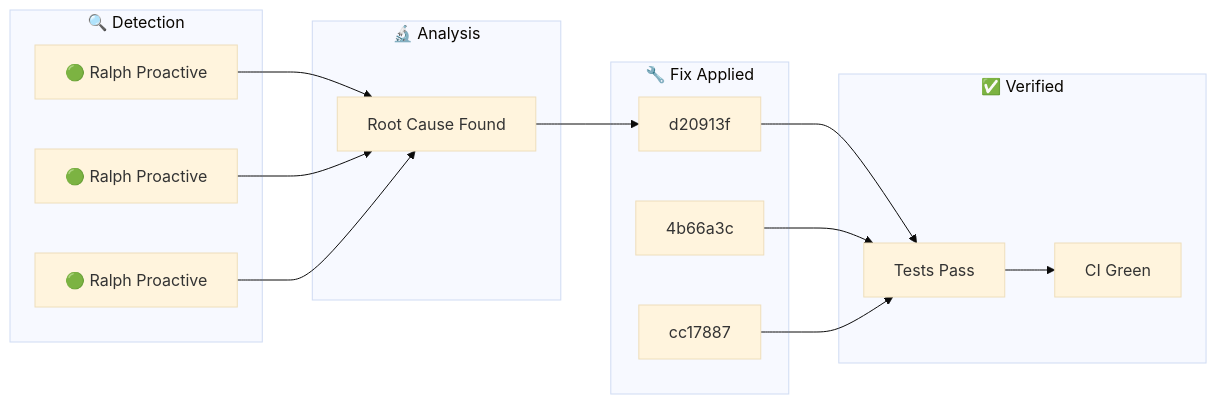
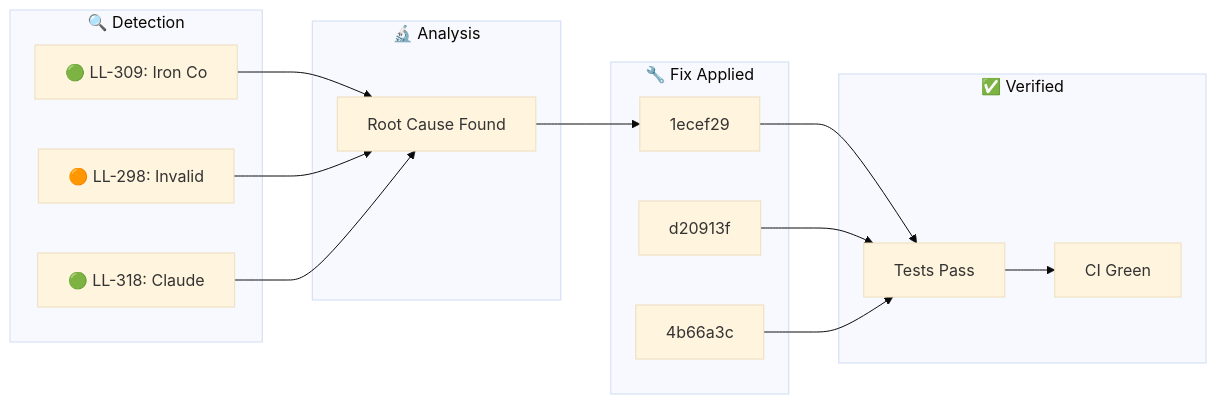
The diagram in docs/_posts/2026-01-31-ralph-discovery.md (YoByron/trading), drawn with Mermaid (base theme) before and after one commit. The commit also changed other lines of this file, not shown here.

Commit message:
docs(ralph): Auto-publish discovery blog post

````diff
--- a/docs/_posts/2026-01-31-ralph-discovery.md
+++ b/docs/_posts/2026-01-31-ralph-discovery.md
@@ -17,28 +17,28 @@
 ```mermaid
 flowchart LR
     subgraph Detection["🔍 Detection"]
-        D1["🟢 Ralph Proactive"]
-        D2["🟢 Ralph Proactive"]
-        D3["🟢 Ralph Proactive"]
+        D1["🟢 LL-309: Iron Co"]
+        D2["🟠 LL-298: Invalid"]
+        D3["🟢 LL-318: Claude "]
     end
     subgraph Analysis["🔬 Analysis"]
         A1["Root Cause Found"]
     end
     subgraph Fix["🔧 Fix Applied"]
-        F1["d20913f"]
-        F2["4b66a3c"]
-        F3["cc17887"]
+        F1["1ecef29"]
+        F2["d20913f"]
+        F3["4b66a3c"]
     end
     subgraph Verify["✅ Verified"]
         V1["Tests Pass"]
         V2["CI Green"]
     end
     D1 --> A1
     D2 --> A1
     D3 --> A1
     A1 --> F1
     F1 --> V1
     F2 --> V1
     F3 --> V1
     V1 --> V2
 ```
````
